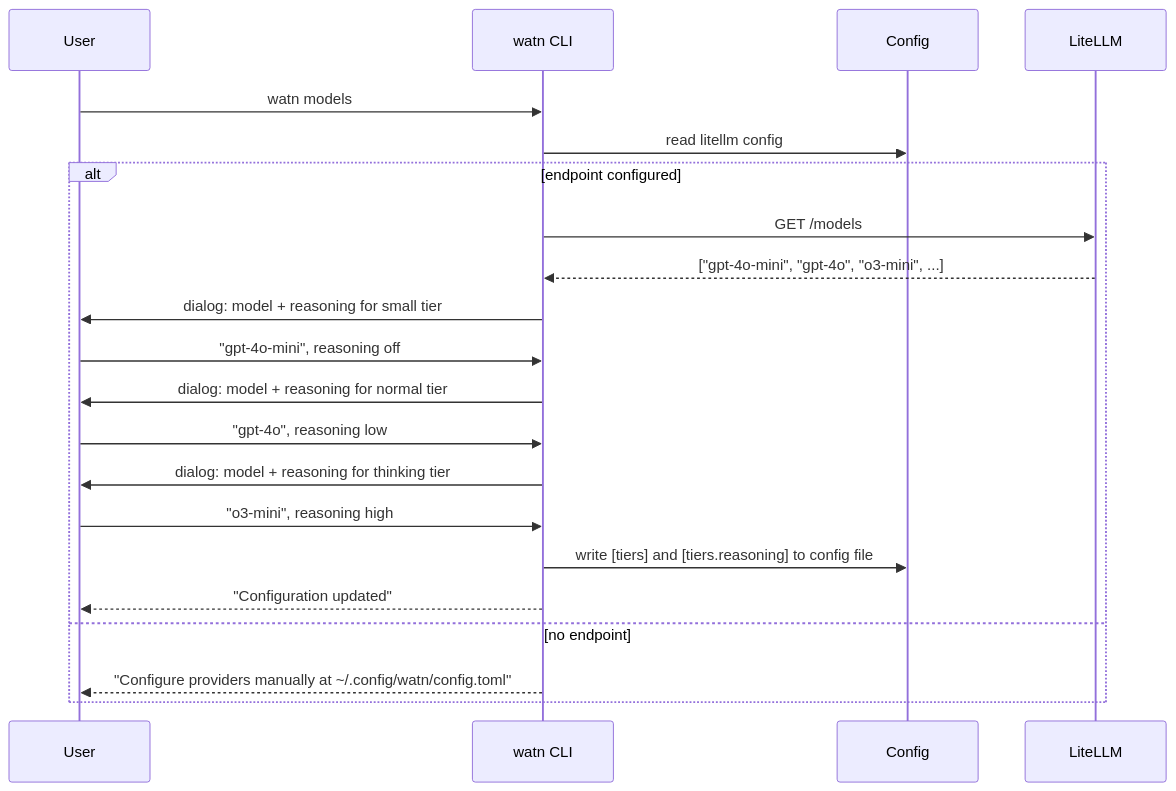
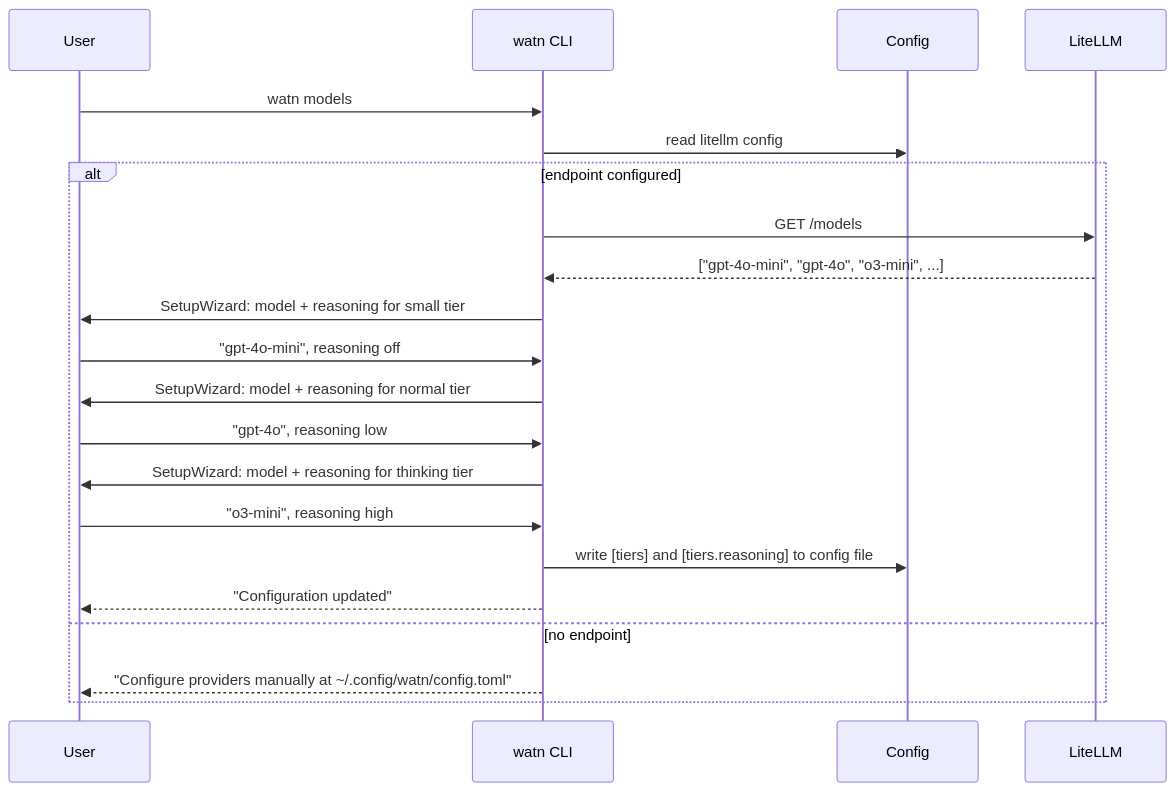
Before and after one commit to buster/watn: the sixth of 16 diagrams in docs/arc42/06-runtime-view.md, drawn with Mermaid. The commit also changed other lines of this file and 27 other files, not shown here.

````diff
--- a/docs/arc42/06-runtime-view.md
+++ b/docs/arc42/06-runtime-view.md
@@ -236,24 +236,24 @@
 ```mermaid
 sequenceDiagram
     participant User as User
     participant CLI as watn CLI
     participant Config as Config
     participant LLM as LiteLLM
 
     User->>CLI: watn models
     CLI->>Config: read litellm config
     alt endpoint configured
         CLI->>LLM: GET /models
         LLM-->>CLI: ["gpt-4o-mini", "gpt-4o", "o3-mini", ...]
-        CLI->>User: dialog: model + reasoning for small tier
+        CLI->>User: SetupWizard: model + reasoning for small tier
         User->>CLI: "gpt-4o-mini", reasoning off
-        CLI->>User: dialog: model + reasoning for normal tier
+        CLI->>User: SetupWizard: model + reasoning for normal tier
         User->>CLI: "gpt-4o", reasoning low
-        CLI->>User: dialog: model + reasoning for thinking tier
+        CLI->>User: SetupWizard: model + reasoning for thinking tier
         User->>CLI: "o3-mini", reasoning high
         CLI->>Config: write [tiers] and [tiers.reasoning] to config file
         CLI-->>User: "Configuration updated"
     else no endpoint
         CLI-->>User: "Configure providers manually at ~/.config/watn/config.toml"
     end
 ```
````
